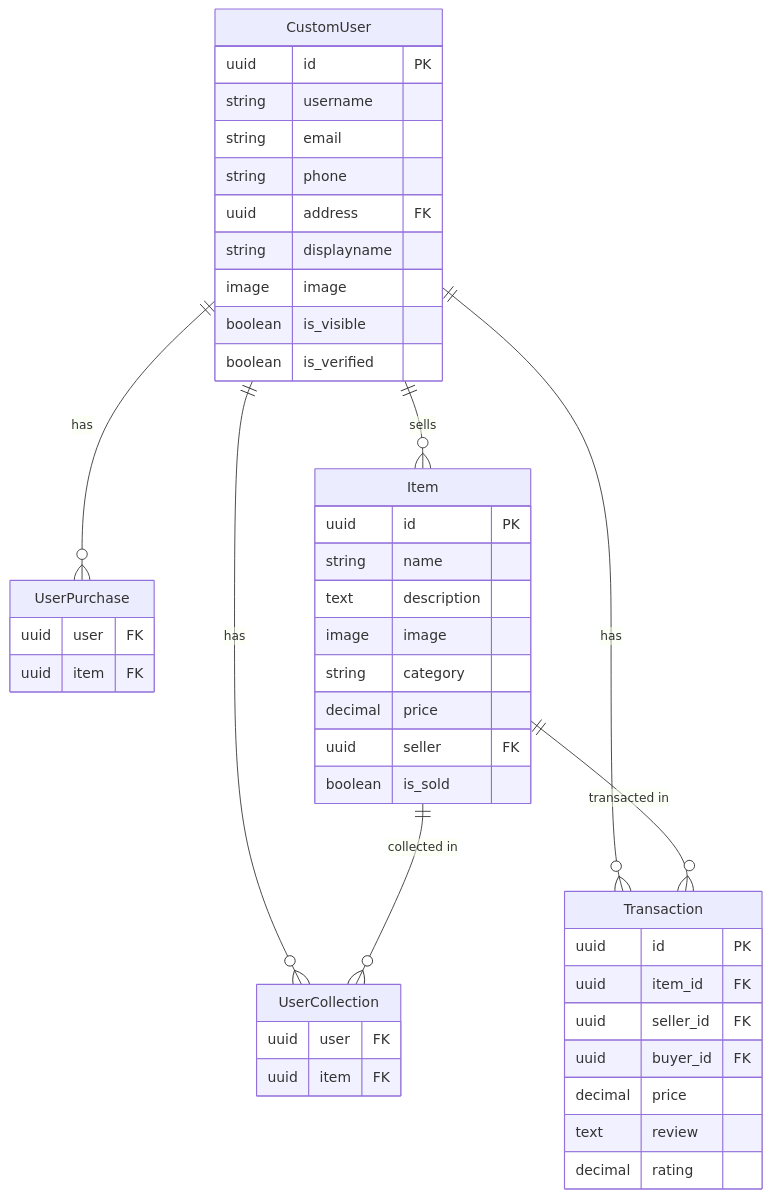
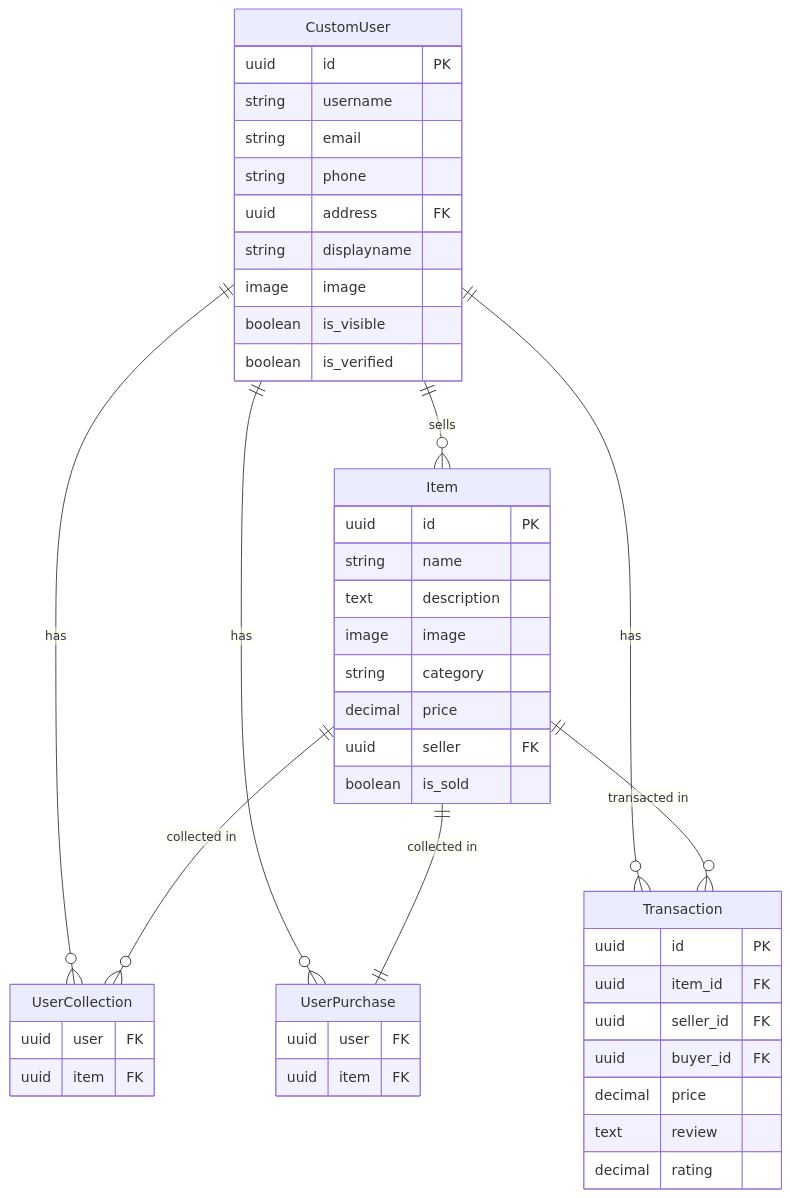
The second of 2 diagrams in Documentation.md (cs421sp24-homework/project-team-05), drawn with Mermaid before and after one commit. The commit also changed other lines of this file, not shown here.

````diff
--- a/Documentation.md
+++ b/Documentation.md
@@ -316,52 +316,53 @@
 ```mermaid
 erDiagram
     CustomUser {
         uuid id PK
         string username
         string email
         string phone
         uuid address FK
         string displayname
         image image
         boolean is_visible
         boolean is_verified
     }
 
     UserCollection {
         uuid user FK
         uuid item FK
     }
 
     UserPurchase {
         uuid user FK
         uuid item FK
     }
 
     Item {
         uuid id PK
         string name
         text description
         image image
         string category
         decimal price
         uuid seller FK
         boolean is_sold
     }
 
     Transaction {
         uuid id PK
         uuid item_id FK
         uuid seller_id FK
         uuid buyer_id FK
         decimal price
         text review
         decimal rating
     }
 
     CustomUser ||--o{ Item : "sells"
     CustomUser ||--o{ Transaction : "has"
     CustomUser ||--o{ UserPurchase : "has"
     CustomUser ||--o{ UserCollection : "has"
     Item ||--o{ UserCollection : "collected in"
+    Item ||--|| UserPurchase : "collected in"
     Item ||--o{ Transaction : "transacted in"
 ```
````
